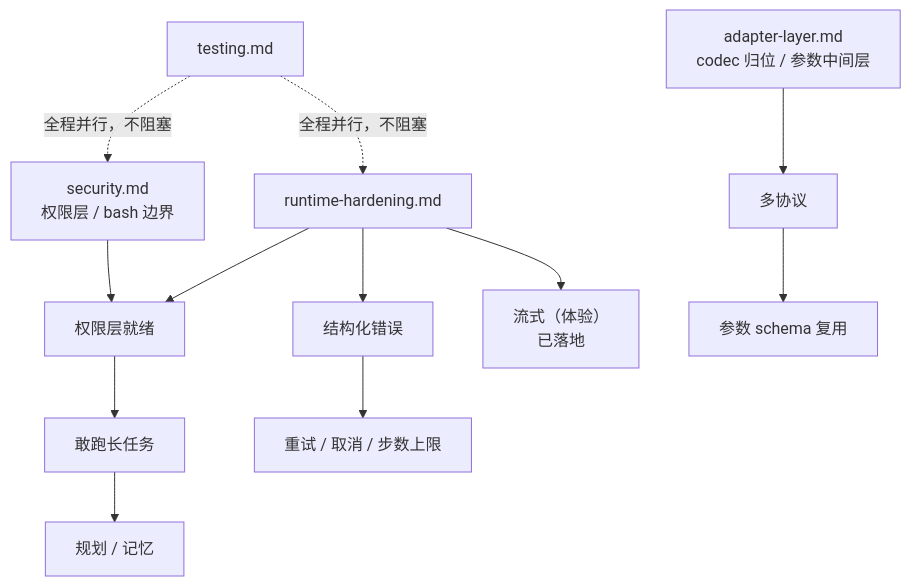
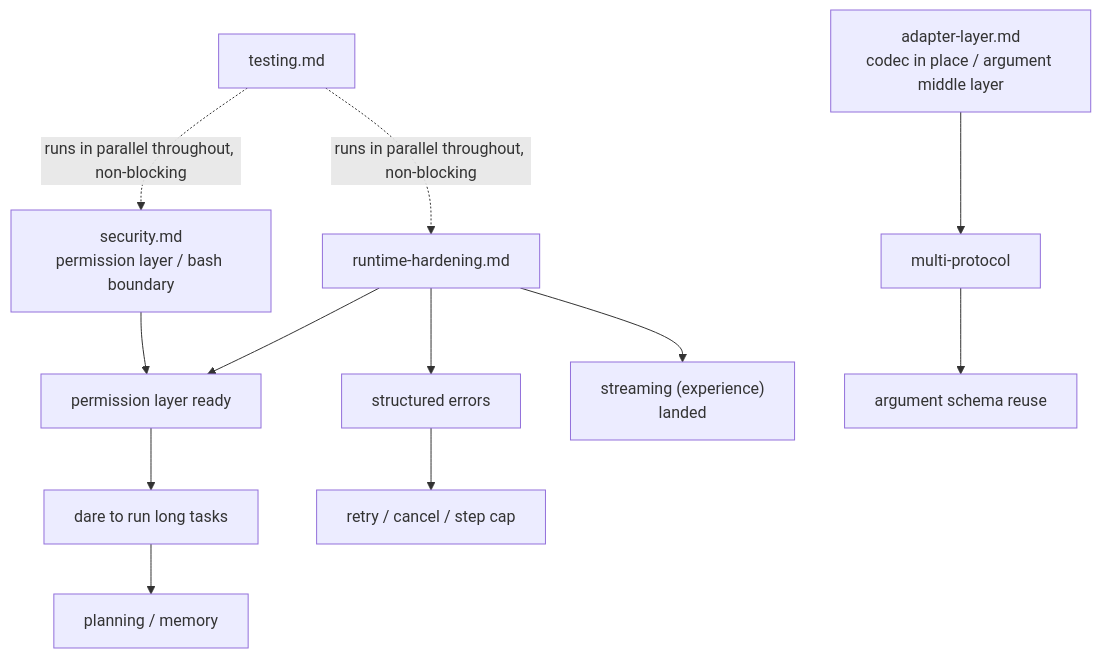
Before and after one commit to Seann0824/Shirley: the diagram in docs/roadmap.md, drawn with Mermaid. The commit also changed other lines of this file and 131 other files, not shown here.

````diff
--- a/docs/roadmap.md
+++ b/docs/roadmap.md
@@ -45,14 +45,14 @@
 ```mermaid
 graph TD
-    SEC["security.md<br/>权限层 / bash 边界"] --> PERM["权限层就绪"]
+    SEC["security.md<br/>permission layer / bash boundary"] --> PERM["permission layer ready"]
     HARD["runtime-hardening.md"] --> PERM
-    PERM --> LONG["敢跑长任务"]
-    LONG --> PLAN["规划 / 记忆"]
-    HARD --> ERR["结构化错误"]
-    ERR --> RETRY["重试 / 取消 / 步数上限"]
-    HARD --> STREAM["流式（体验）<br/>已落地"]
-    ADAPT["adapter-layer.md<br/>codec 归位 / 参数中间层"] --> PROTO["多协议"]
-    PROTO --> SCHEMA["参数 schema 复用"]
-    TEST["testing.md"] -.->|全程并行，不阻塞| SEC
-    TEST -.->|全程并行，不阻塞| HARD
+    PERM --> LONG["dare to run long tasks"]
+    LONG --> PLAN["planning / memory"]
+    HARD --> ERR["structured errors"]
+    ERR --> RETRY["retry / cancel / step cap"]
+    HARD --> STREAM["streaming (experience)<br/>landed"]
+    ADAPT["adapter-layer.md<br/>codec in place / argument middle layer"] --> PROTO["multi-protocol"]
+    PROTO --> SCHEMA["argument schema reuse"]
+    TEST["testing.md"] -.->|runs in parallel throughout, non-blocking| SEC
+    TEST -.->|runs in parallel throughout, non-blocking| HARD
 ```
````
